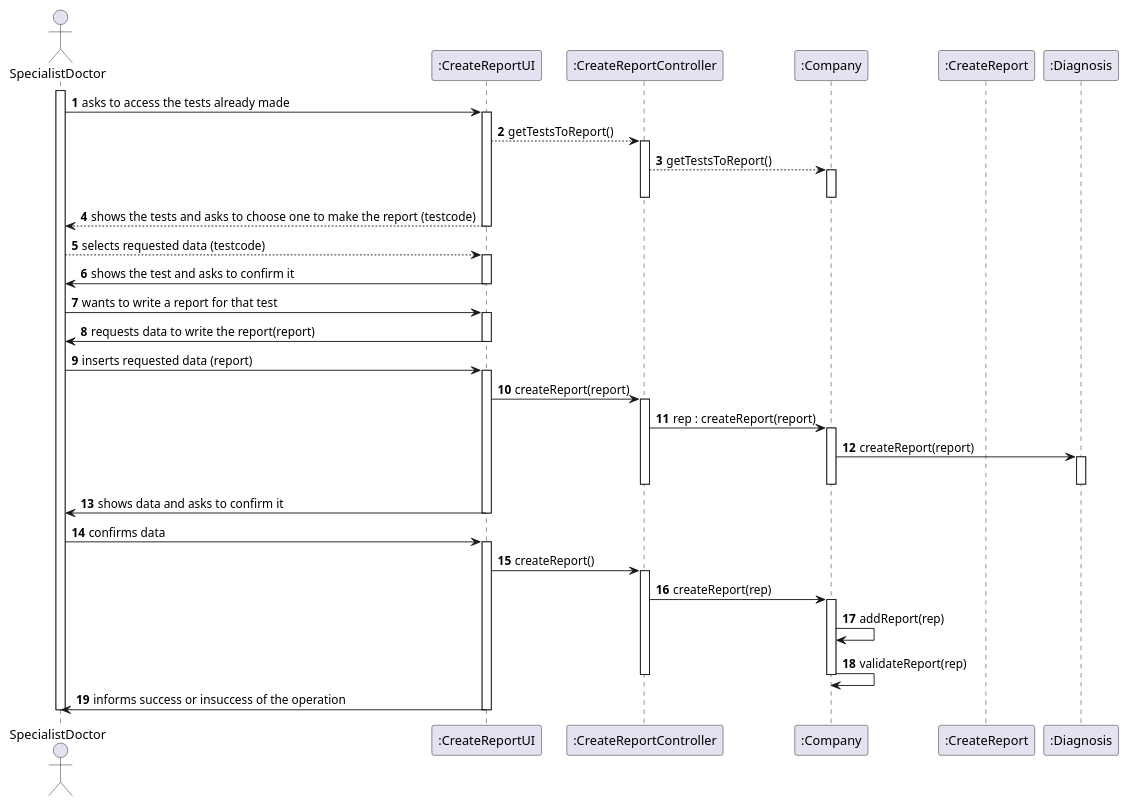
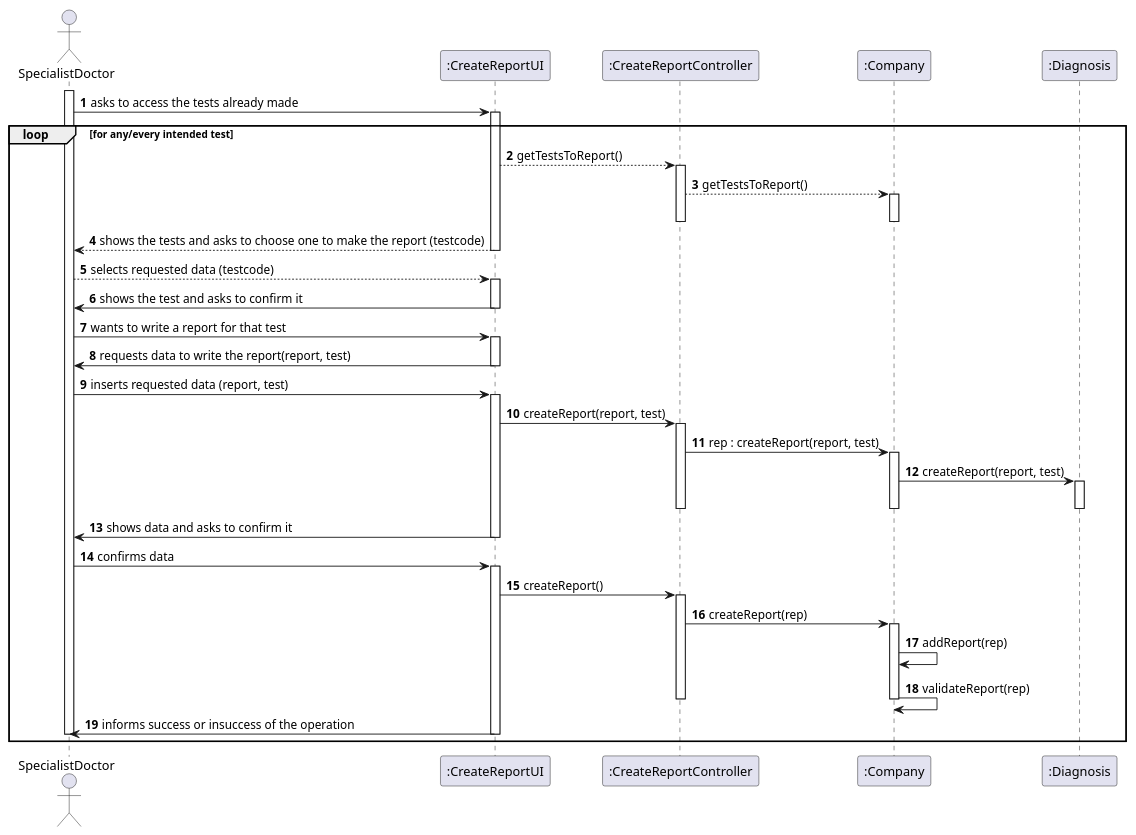
The diagram in docs/SprintC/US14/US14_SD.puml (jsmarques98/LAPR2-ISEP), drawn with PlantUML before and after one commit. The commit also changed 20 other files, not shown here.

```diff
--- a/docs/SprintC/US14/US14_SD.puml
+++ b/docs/SprintC/US14/US14_SD.puml
@@ -1,98 +1,100 @@
 @startuml
 autonumber
 
 actor "SpecialistDoctor" as Spec
 
 participant ":CreateReportUI" as UI
 participant ":CreateReportController" as CRC
 participant ":Company" as COM
-participant ":CreateReport" as CR
 participant ":Diagnosis" as DIAG
 
 
 activate Spec
 
 Spec -> UI : asks to access the tests already made
+
+loop for any/every intended test
 
 activate UI
 
 UI --> CRC : getTestsToReport()
 
 activate CRC
 
 CRC --> COM : getTestsToReport()
 
 activate COM
 
 deactivate COM
 
 deactivate CRC
 
 UI --> Spec : shows the tests and asks to choose one to make the report (testcode)
 
 deactivate UI
 
 Spec --> UI : selects requested data (testcode)
 
 activate UI
 
 UI -> Spec : shows the test and asks to confirm it
 
 deactivate UI
 
 Spec -> UI : wants to write a report for that test
 
 activate UI
 
-UI -> Spec : requests data to write the report(report)
+UI -> Spec : requests data to write the report(report, test)
 
 deactivate UI
 
-Spec -> UI : inserts requested data (report)
+Spec -> UI : inserts requested data (report, test)
 
 activate UI
 
-UI -> CRC : createReport(report)
+UI -> CRC : createReport(report, test)
 
 activate CRC
 
-CRC -> COM : rep : createReport(report)
+CRC -> COM : rep : createReport(report, test)
 
 activate COM
 
-COM -> DIAG : createReport(report)
+COM -> DIAG : createReport(report, test)
 
 activate DIAG
 
 deactivate DIAG
 deactivate COM
 deactivate CRC
 
 UI -> Spec : shows data and asks to confirm it
 
 deactivate UI
 
 Spec -> UI : confirms data
 
 activate UI
 
 UI -> CRC : createReport()
 
 activate CRC
 
 CRC -> COM : createReport(rep)
 
 activate COM
 
 COM -> COM : addReport(rep)
 COM -> COM : validateReport(rep)
 
 deactivate COM
 deactivate CRC
 
 UI -> Spec : informs success or insuccess of the operation
 
 deactivate UI
 deactivate Spec
 
+end
 @enduml
```
